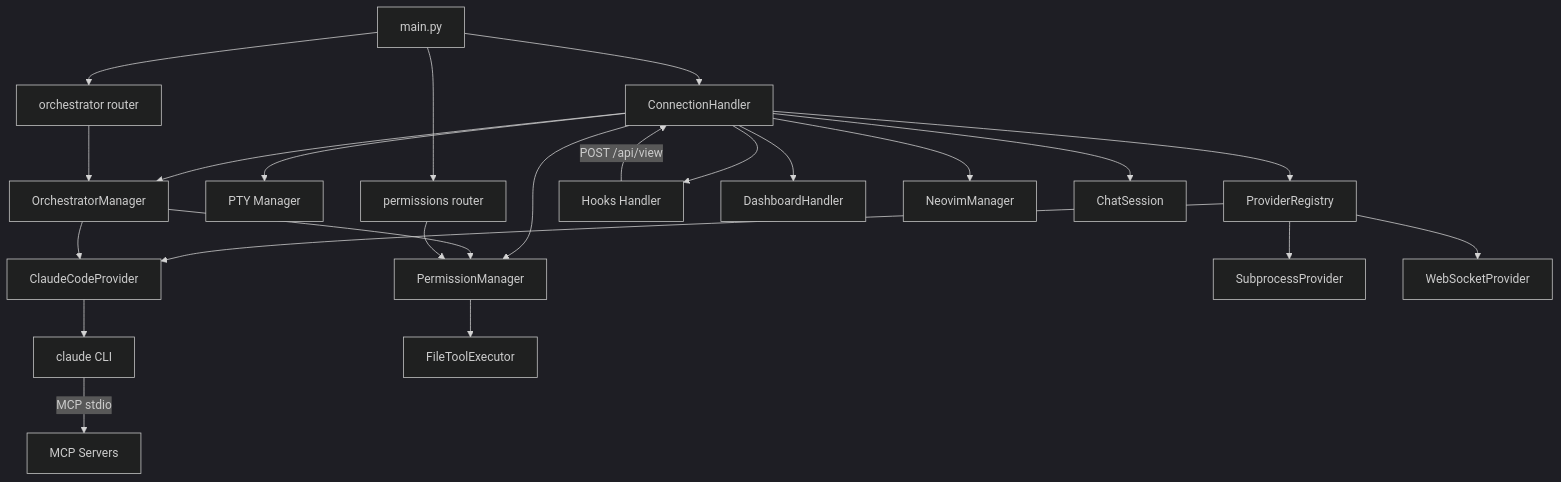
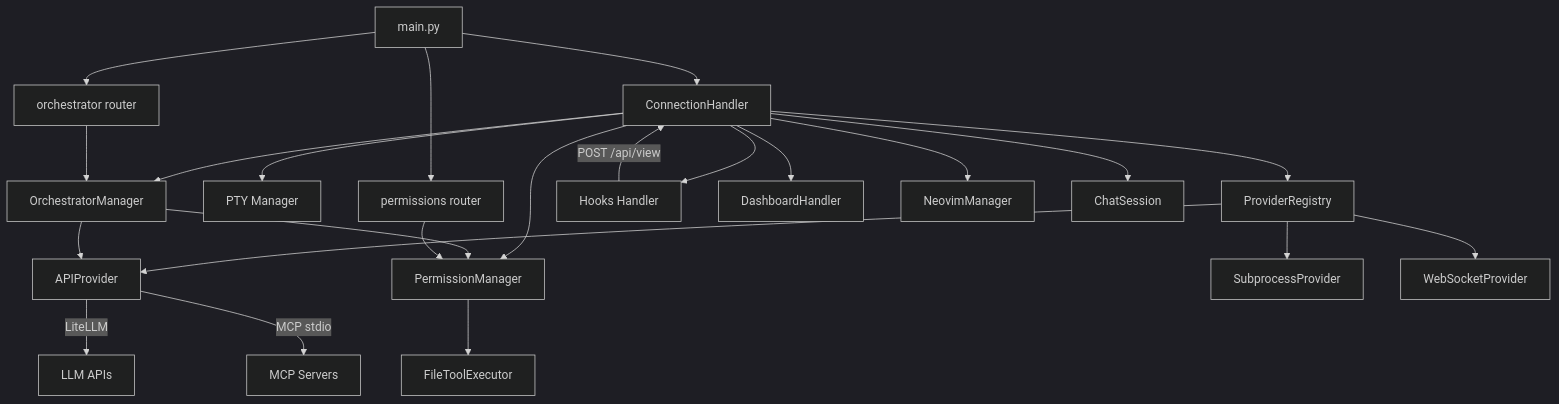
The third of 3 diagrams in docs/architecture/components.md (GTFerguson/cade), drawn with Mermaid (dark theme) before and after one commit. The commit also changed other lines of this file and 14 other files, not shown here.

First line of the commit message:
Providers: remove headless claude-code -p provider

````diff
--- a/docs/architecture/components.md
+++ b/docs/architecture/components.md
@@ -392,32 +372,32 @@
 ```mermaid
 graph TD
     MAIN[main.py] --> WS_H[ConnectionHandler]
     MAIN --> PERM_R[permissions router]
     MAIN --> ORCH_R[orchestrator router]
 
     WS_H --> PTY[PTY Manager]
     WS_H --> PROV_R[ProviderRegistry]
     WS_H --> PERM_M[PermissionManager]
     WS_H --> ORCH_M[OrchestratorManager]
     WS_H --> HOOK[Hooks Handler]
     WS_H --> DASH[DashboardHandler]
     WS_H --> NV[NeovimManager]
     WS_H --> CHAT_S[ChatSession]
 
-    PROV_R --> CC[ClaudeCodeProvider]
+    PROV_R --> API[APIProvider]
     PROV_R --> SP[SubprocessProvider]
     PROV_R --> WSP[WebSocketProvider]
 
-    CC --> CLAUDE[claude CLI]
-    CLAUDE -->|MCP stdio| MCP[MCP Servers]
+    API -->|LiteLLM| LLM[LLM APIs]
+    API -->|MCP stdio| MCP[MCP Servers]
 
     ORCH_M --> PERM_M
-    ORCH_M --> CC
+    ORCH_M --> API
 
     PERM_M --> FILE_T[FileToolExecutor]
 
     HOOK -->|POST /api/view| WS_H
 
     PERM_R --> PERM_M
     ORCH_R --> ORCH_M
 ```
````
